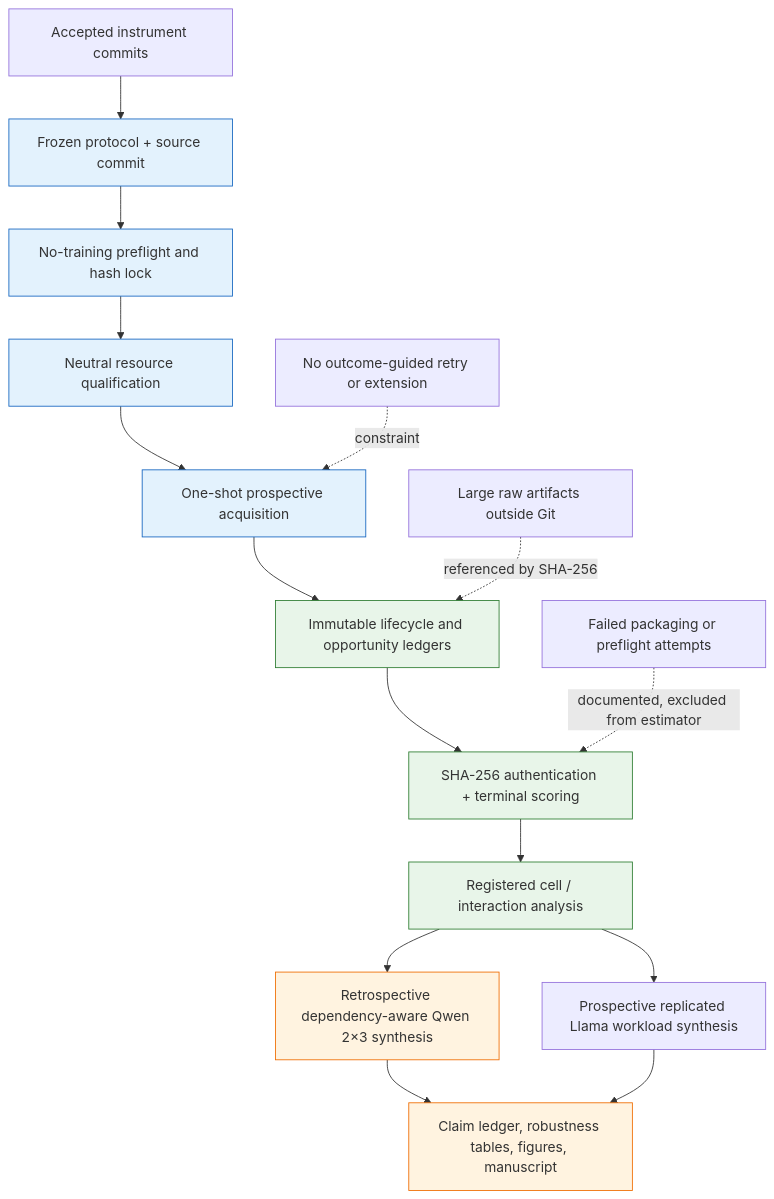
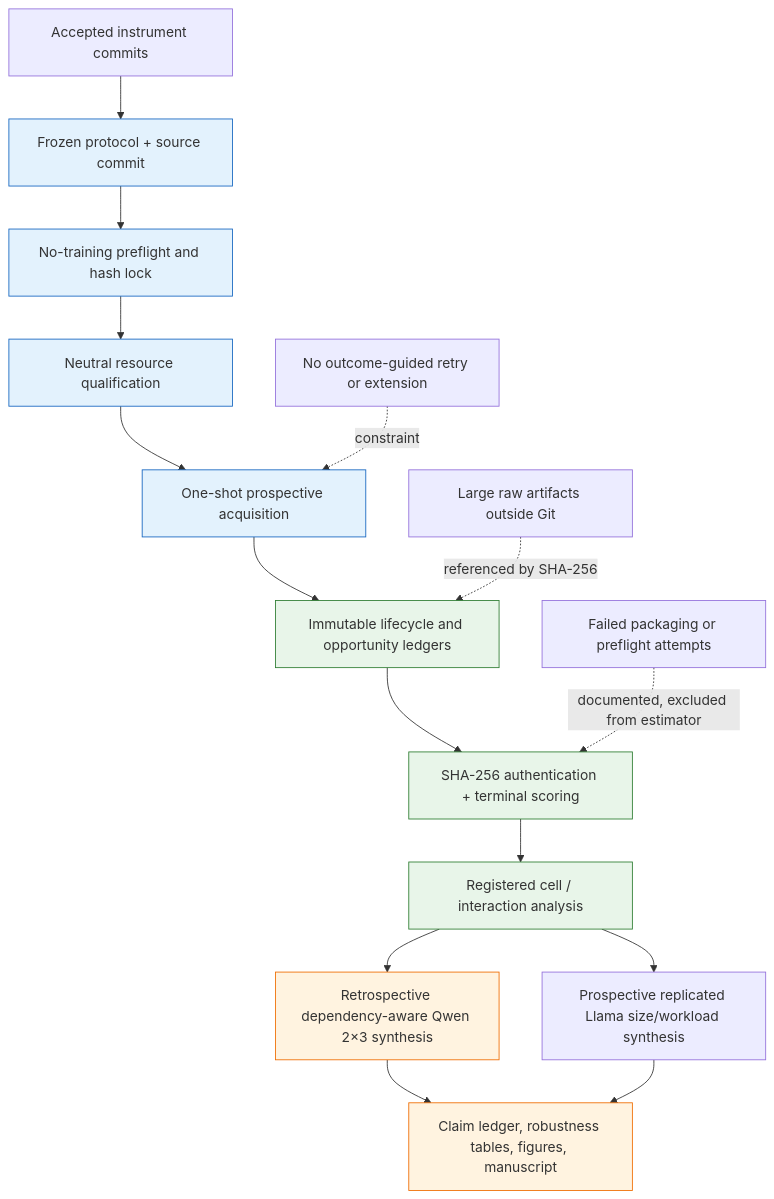
One commit to nvegesna-netizen/RL changed the diagram in reports/auto_research/2026-09-08-m4-opportunity-loss-paper/provenance_diagram.md. Above: the diagram before and after it, drawn with Mermaid. The commit also changed other lines of this file and 33 other files, not shown here.

````diff
--- a/reports/auto_research/2026-09-08-m4-opportunity-loss-paper/provenance_diagram.md
+++ b/reports/auto_research/2026-09-08-m4-opportunity-loss-paper/provenance_diagram.md
@@ -3,25 +3,25 @@
 ```mermaid
 flowchart TD
     I[Accepted instrument commits] --> P[Frozen protocol + source commit]
     P --> F[No-training preflight and hash lock]
     F --> Q[Neutral resource qualification]
     Q --> A[One-shot prospective acquisition]
     A --> R[Immutable lifecycle and opportunity ledgers]
     R --> H[SHA-256 authentication + terminal scoring]
     H --> G[Registered cell / interaction analysis]
     G --> S[Retrospective dependency-aware Qwen 2×3 synthesis]
-    G --> L[Prospective replicated Llama workload synthesis]
+    G --> L[Prospective replicated Llama size/workload synthesis]
     S --> M[Claim ledger, robustness tables, figures, manuscript]
     L --> M
 
     X[Failed packaging or preflight attempts] -. documented, excluded from estimator .-> H
     N[No outcome-guided retry or extension] -. constraint .-> A
     Z[Large raw artifacts outside Git] -. referenced by SHA-256 .-> R
 
     classDef frozen fill:#e3f2fd,stroke:#1565c0;
     classDef evidence fill:#e8f5e9,stroke:#2e7d32;
     classDef retrospective fill:#fff3e0,stroke:#ef6c00;
     class P,F,Q,A frozen;
     class R,H,G evidence;
     class S,M retrospective;
 ```
````
